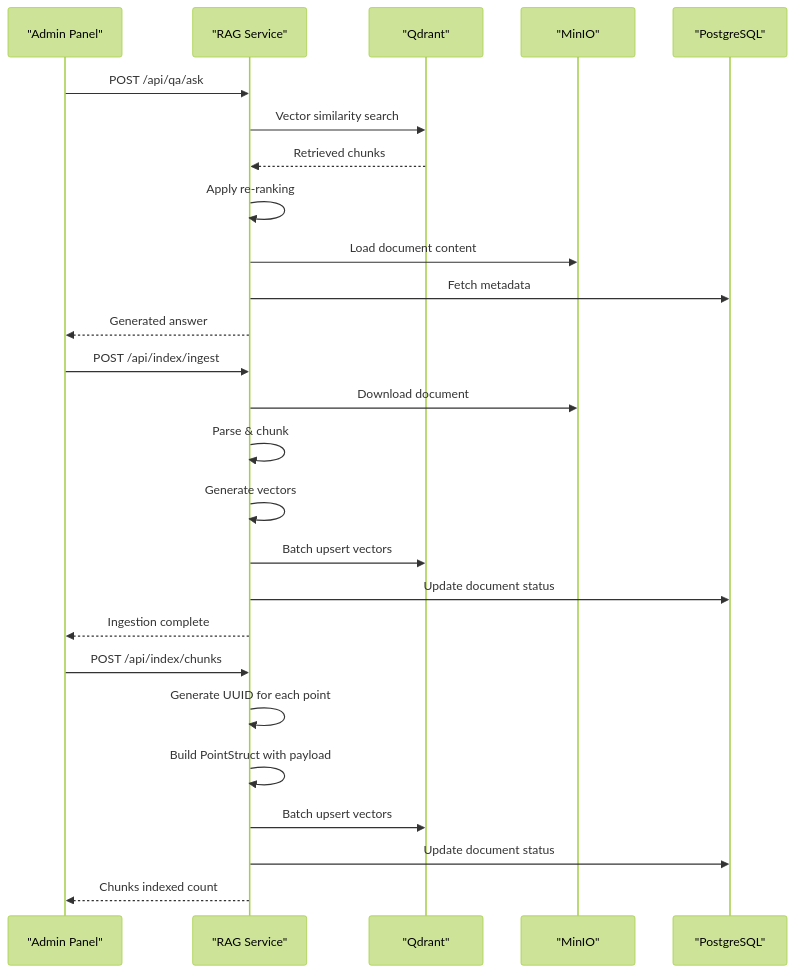
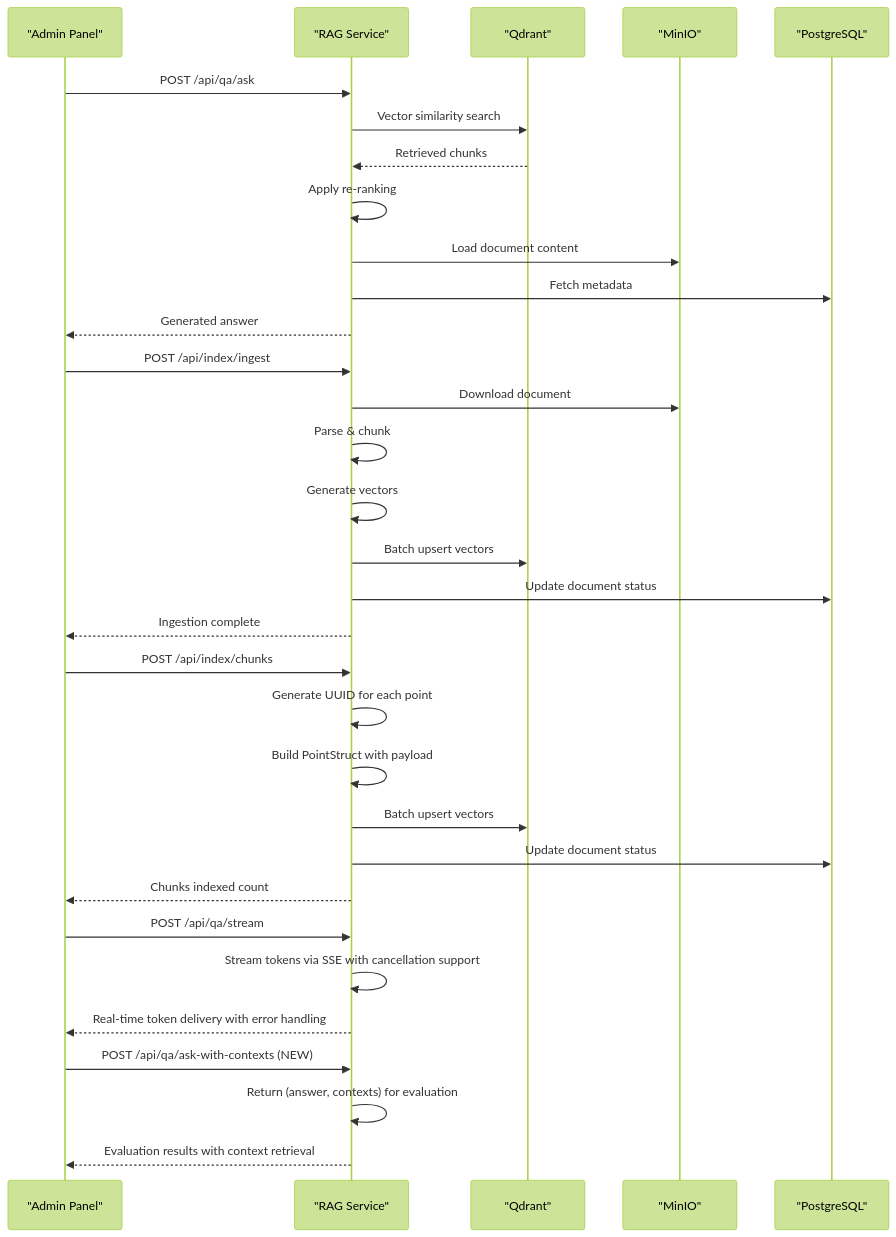
One commit to ognelis/cafetera_hr_bot changed diagram 14 of 23 in .qoder/repowiki/en/content/API Reference/RAG Microservice Architecture.md. Above: the diagram before and after it, drawn with Mermaid (forest theme). The commit also changed other lines of this file and 51 other files, not shown here.

````diff
--- a/.qoder/repowiki/en/content/API Reference/RAG Microservice Architecture.md
+++ b/.qoder/repowiki/en/content/API Reference/RAG Microservice Architecture.md
@@ -309,28 +714,34 @@
 ```mermaid
 sequenceDiagram
 participant Admin as "Admin Panel"
 participant RAG as "RAG Service"
 participant Qdrant as "Qdrant"
 participant S3 as "MinIO"
 participant DB as "PostgreSQL"
 Admin->>RAG : POST /api/qa/ask
 RAG->>Qdrant : Vector similarity search
 Qdrant-->>RAG : Retrieved chunks
 RAG->>RAG : Apply re-ranking
 RAG->>S3 : Load document content
 RAG->>DB : Fetch metadata
 RAG-->>Admin : Generated answer
 Admin->>RAG : POST /api/index/ingest
 RAG->>S3 : Download document
 RAG->>RAG : Parse & chunk
 RAG->>RAG : Generate vectors
 RAG->>Qdrant : Batch upsert vectors
 RAG->>DB : Update document status
 RAG-->>Admin : Ingestion complete
 Admin->>RAG : POST /api/index/chunks
 RAG->>RAG : Generate UUID for each point
 RAG->>RAG : Build PointStruct with payload
 RAG->>Qdrant : Batch upsert vectors
 RAG->>DB : Update document status
 RAG-->>Admin : Chunks indexed count
+Admin->>RAG : POST /api/qa/stream
+RAG->>RAG : Stream tokens via SSE with cancellation support
+RAG-->>Admin : Real-time token delivery with error handling
+Admin->>RAG : POST /api/qa/ask-with-contexts (NEW)
+RAG->>RAG : Return (answer, contexts) for evaluation
+RAG-->>Admin : Evaluation results with context retrieval
 ```
````
